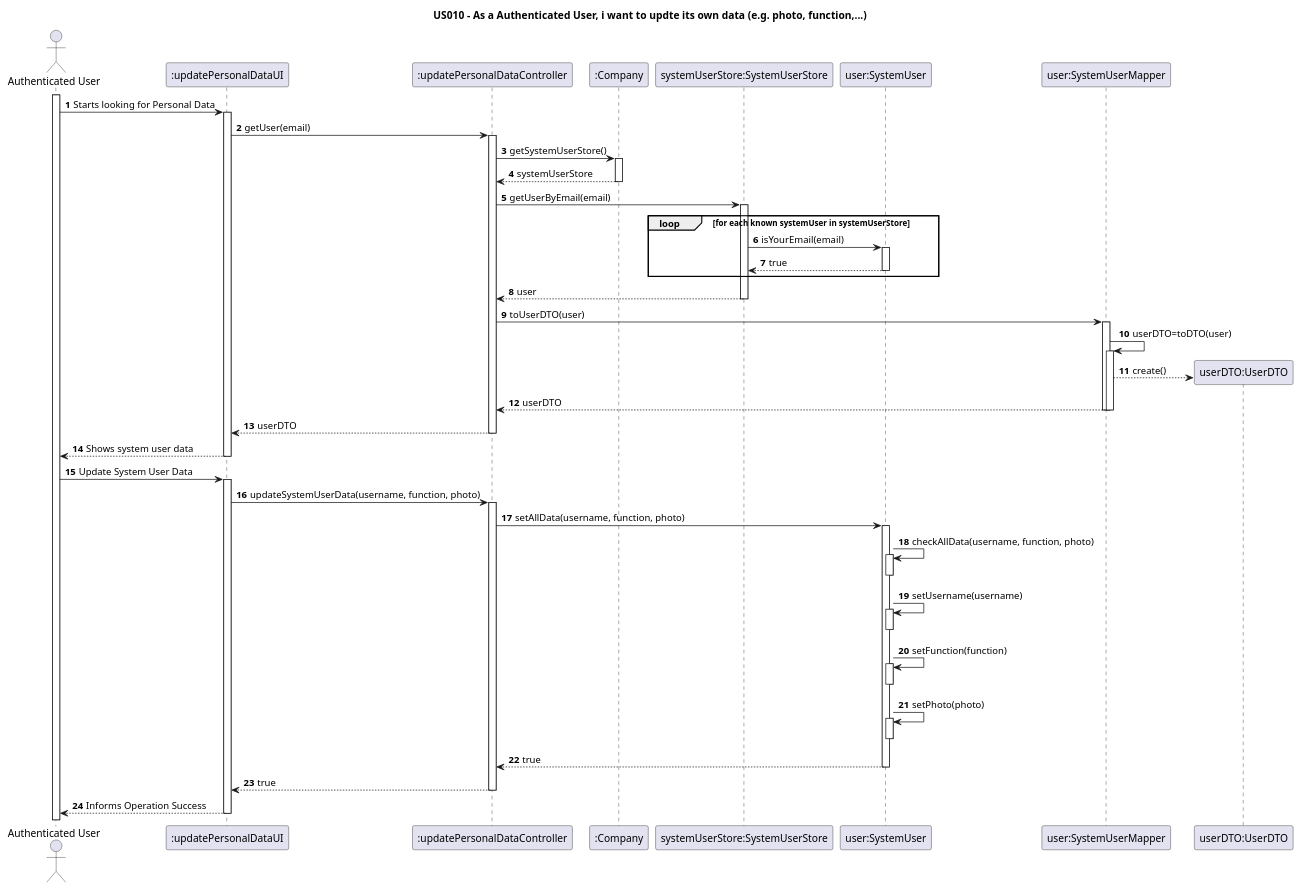
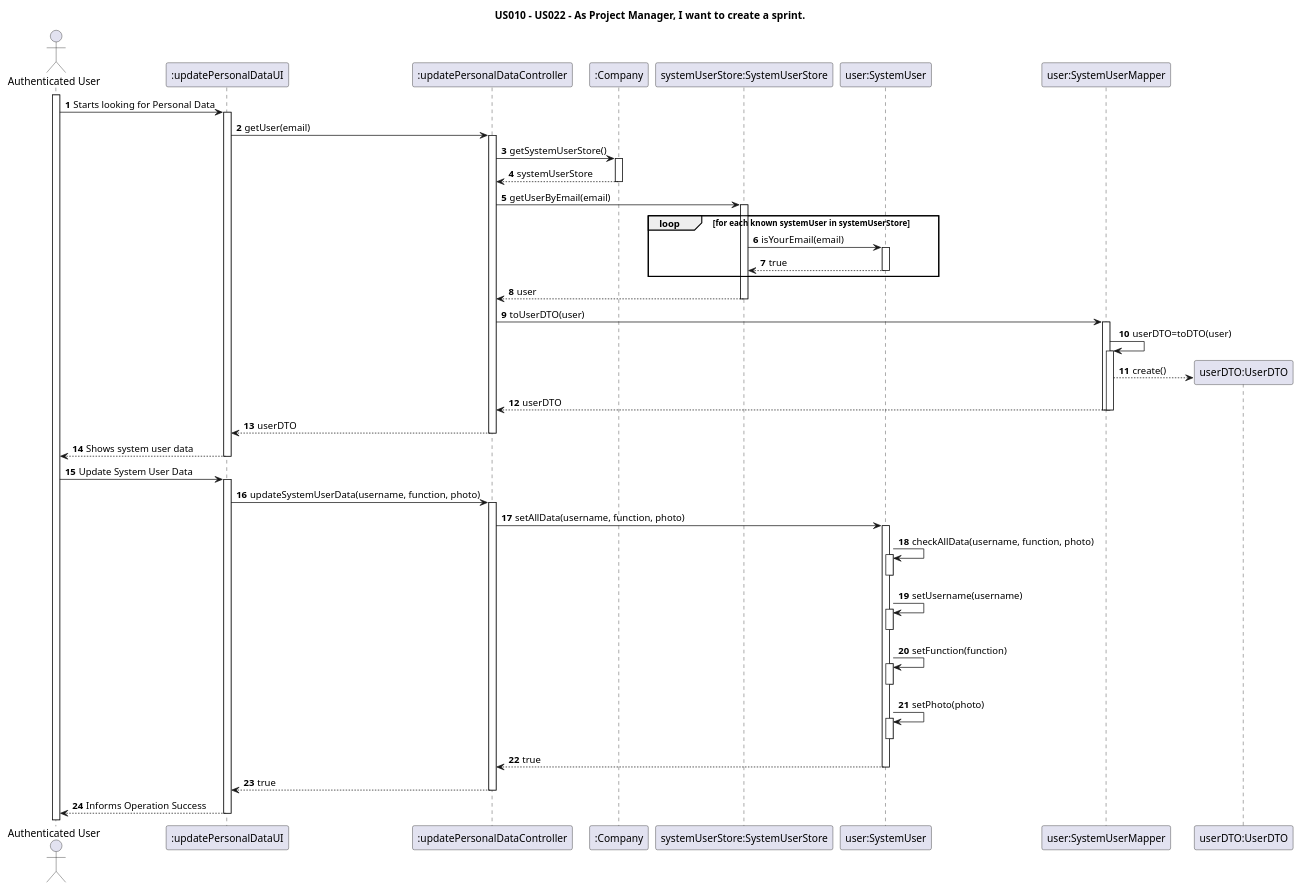
Before and after one commit to nunogon1211787/projectManagement: the diagram in docs/Sprint2/US022/US022-SD.puml, drawn with PlantUML. The commit also changed 7 other files, not shown here.

```diff
--- a/docs/Sprint2/US022/US022-SD.puml
+++ b/docs/Sprint2/US022/US022-SD.puml
@@ -1,54 +1,53 @@
 @startuml
-'https://plantuml.com/sequence-diagram
 
-title US010 - As a Authenticated User, i want to updte its own data (e.g. photo, function,...)
+title US010 - US022 - As Project Manager, I want to create a sprint.
 
 autoactivate on
 autonumber
 
 actor "Authenticated User" as authenticatedUser
 participant ":updatePersonalDataUI" as UI
 participant ":updatePersonalDataController" as Ctrl
 participant ":Company" as company
 participant "systemUserStore:SystemUserStore" as systemUserStore
 participant "user:SystemUser" as user
 participant "user:SystemUserMapper" as mapper
 participant "userDTO:UserDTO" as userdto
 
 
 activate authenticatedUser
 
 
 authenticatedUser -> UI: Starts looking for Personal Data
 UI -> Ctrl: getUser(email)
 Ctrl -> company: getSystemUserStore()
 company --> Ctrl: systemUserStore
 Ctrl -> systemUserStore: getUserByEmail(email)
 loop for each known systemUser in systemUserStore
 systemUserStore -> user: isYourEmail(email)
 user --> systemUserStore: true
 end
 systemUserStore --> Ctrl: user
 Ctrl -> mapper: toUserDTO(user)
 mapper -> mapper: userDTO=toDTO(user)
 mapper --> userdto**: create()
 mapper --> Ctrl: userDTO
 deactivate mapper
 Ctrl --> UI: userDTO
 UI --> authenticatedUser: Shows system user data
 deactivate UI
 authenticatedUser -> UI: Update System User Data
 UI -> Ctrl: updateSystemUserData(username, function, photo)
 Ctrl -> user: setAllData(username, function, photo)
 user -> user: checkAllData(username, function, photo)
 deactivate user
 user -> user: setUsername(username)
 deactivate user
 user -> user: setFunction(function)
 deactivate user
 user -> user: setPhoto(photo)
 deactivate user
 user --> Ctrl: true
 Ctrl --> UI: true
 UI --> authenticatedUser: Informs Operation Success
 @enduml
```
